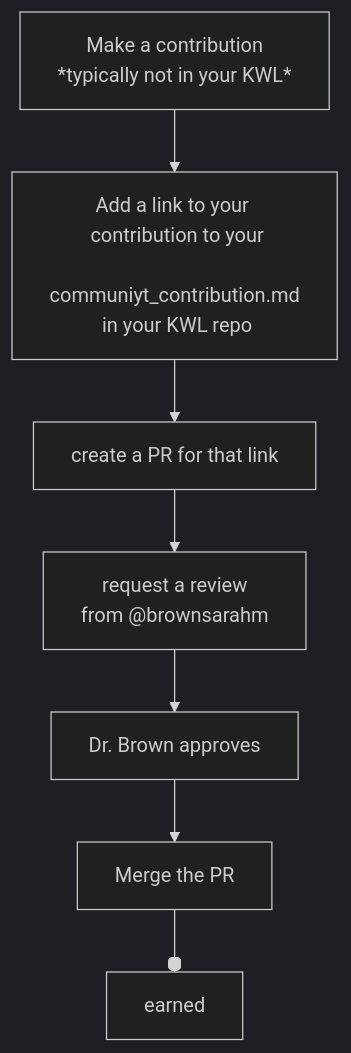
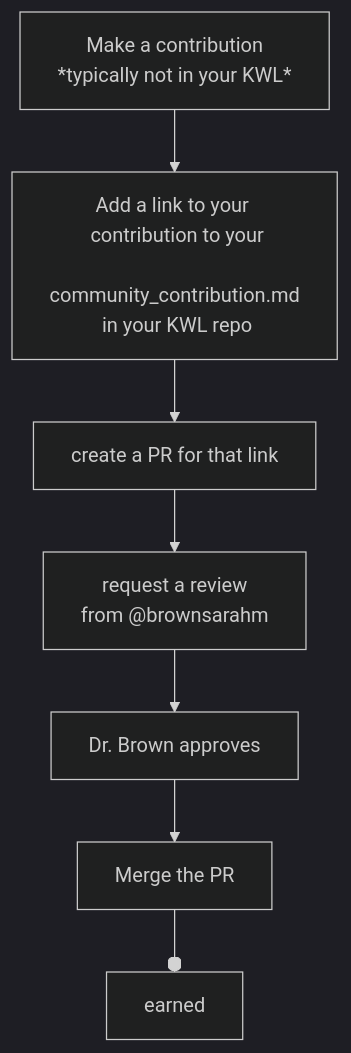
The seventh of 7 diagrams in syllabus/badges.md (introcompsys/fall2023), drawn with Mermaid (dark theme) before and after one commit. The commit also changed other lines of this file, not shown here.

````diff
--- a/syllabus/badges.md
+++ b/syllabus/badges.md
@@ -314,12 +314,12 @@
 ```{mermaid}
 flowchart TD
     contribute[Make a contribution <br> *typically not in your KWL*]
-    link[Add a link to your <br> contribution to your<br> communiyt_contribution.md<br> in your KWL repo]
+    link[Add a link to your <br> contribution to your<br> community_contribution.md<br> in your KWL repo]
     pr[create a PR for that link]
     rev[request a review <br> from @brownsarahm]
     contribute --> link
     link --> pr --> rev
     rev --> approved[Dr. Brown approves] --> merge[Merge the PR]
     merge --o earned
 
 ```
````
